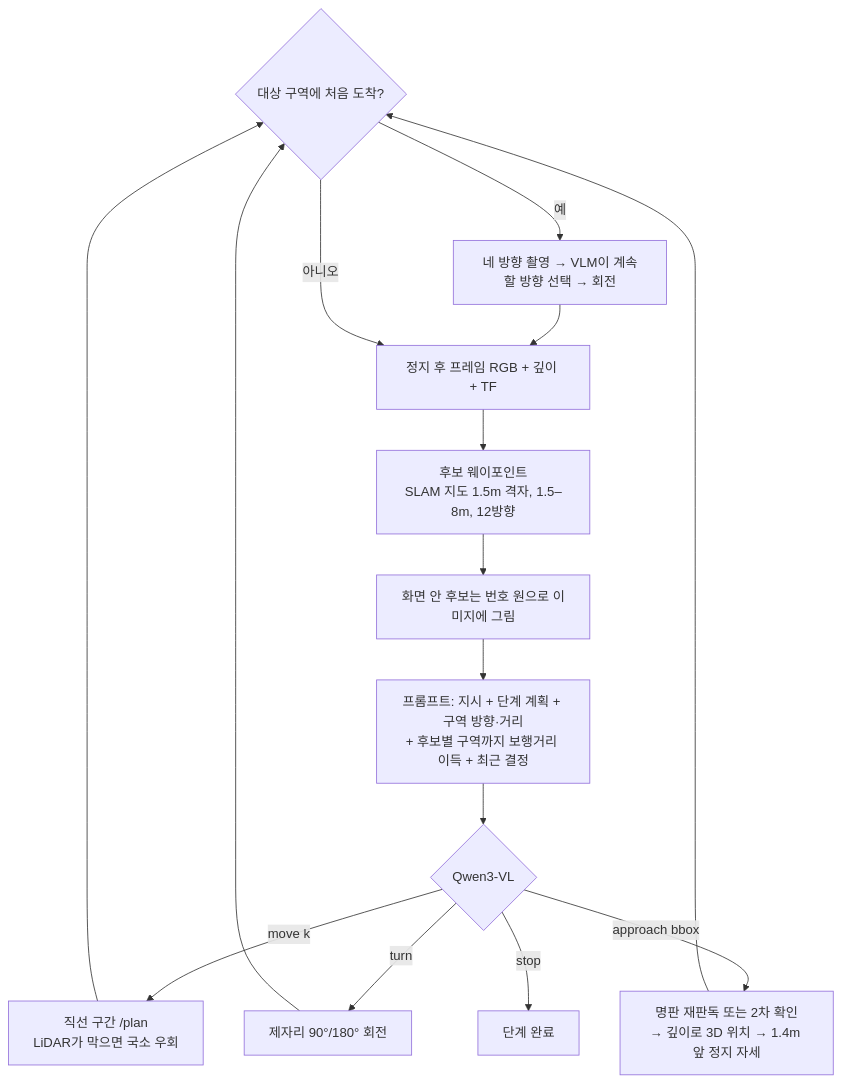
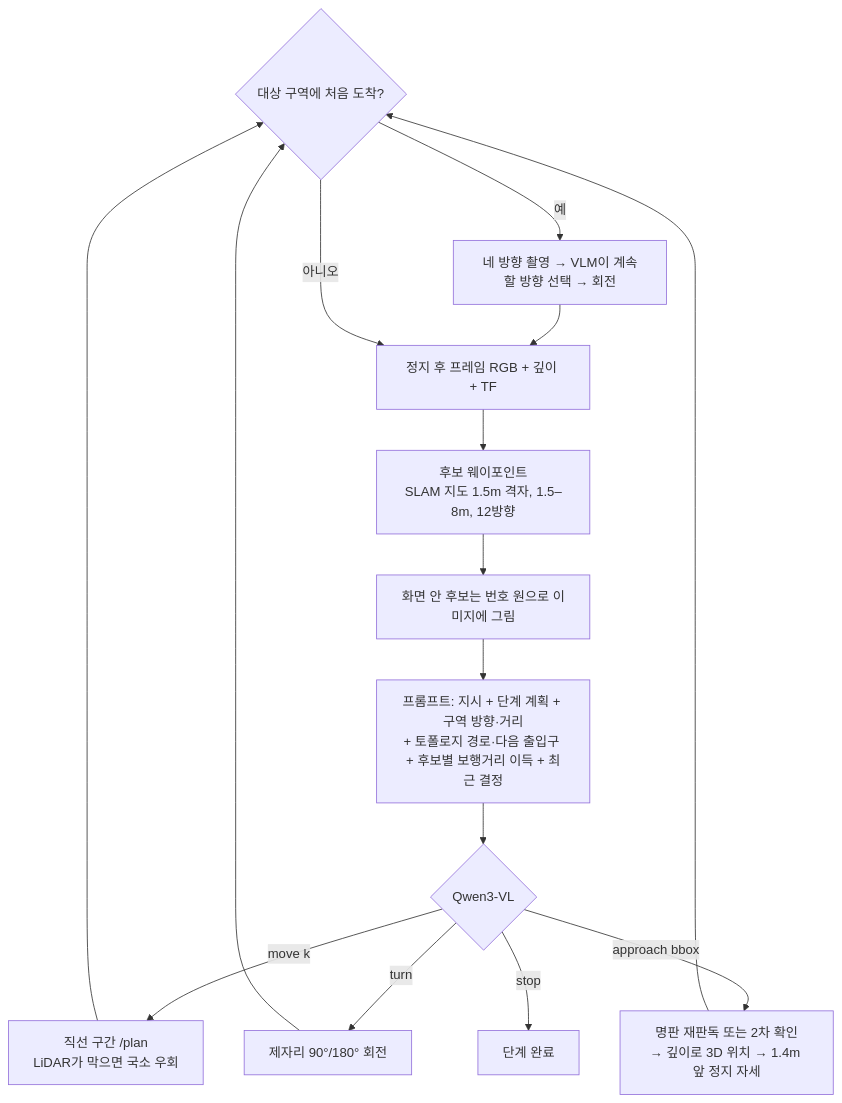
Before and after one commit to alsgyu/G1-sim-Factory: the second of 2 diagrams in docs/HVLN.md, drawn with Mermaid. The commit also changed other lines of this file and 16 other files, not shown here.

First line of the commit message:
Interactive VLN console, topological route in VLN prompts, paper-style scene graph figures

````diff
--- a/docs/HVLN.md
+++ b/docs/HVLN.md
@@ -65,14 +65,14 @@
 ```mermaid
 flowchart TD
   S{대상 구역에 처음 도착?} -- 예 --> P[네 방향 촬영 → VLM이 계속할 방향 선택 → 회전] --> A
   S -- 아니오 --> A
   A[정지 후 프레임 RGB + 깊이 + TF] --> B[후보 웨이포인트<br/>SLAM 지도 1.5m 격자, 1.5–8m, 12방향]
   B --> C[화면 안 후보는 번호 원으로 이미지에 그림]
-  C --> D[프롬프트: 지시 + 단계 계획 + 구역 방향·거리<br/>+ 후보별 구역까지 보행거리 이득 + 최근 결정]
+  C --> D[프롬프트: 지시 + 단계 계획 + 구역 방향·거리<br/>+ 토폴로지 경로·다음 출입구 + 후보별 보행거리 이득 + 최근 결정]
   D --> E{Qwen3-VL}
   E -- move k --> F[직선 구간 /plan<br/>LiDAR가 막으면 국소 우회]
   E -- turn --> G[제자리 90°/180° 회전]
   E -- approach bbox --> H[명판 재판독 또는 2차 확인<br/>→ 깊이로 3D 위치 → 1.4m 앞 정지 자세]
   E -- stop --> I[단계 완료]
   F & G & H --> S
 ```
````
